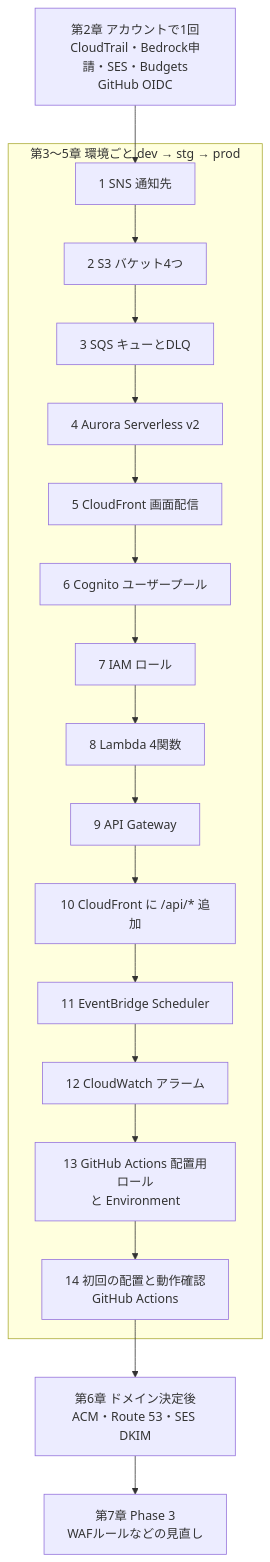
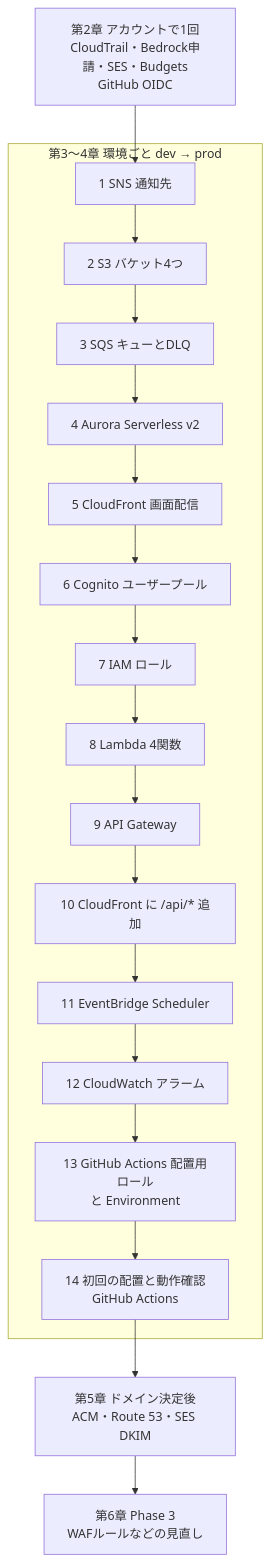
One commit to pocarialice/rpglearning changed the diagram in documents/AWS構築手順書_RPG学習アプリ.md. Above: the diagram before and after it, drawn with Mermaid. The commit also changed other lines of this file and 10 other files, not shown here.

First line of the commit message:
stg 環境をなくし dev・prod の2環境に変更（コスト削減）

````diff
--- a/documents/AWS構築手順書_RPG学習アプリ.md
+++ b/documents/AWS構築手順書_RPG学習アプリ.md
@@ -48,21 +48,21 @@
 ```mermaid
 flowchart TD
   C0["第2章 アカウントで1回<br>CloudTrail・Bedrock申請・SES・Budgets<br>GitHub OIDC"] --> E1
-  subgraph ENV["第3〜5章 環境ごと dev → stg → prod"]
+  subgraph ENV["第3〜4章 環境ごと dev → prod"]
     E1["1 SNS 通知先"] --> E2["2 S3 バケット4つ"]
     E2 --> E3["3 SQS キューとDLQ"]
     E3 --> E4["4 Aurora Serverless v2"]
     E4 --> E5["5 CloudFront 画面配信"]
     E5 --> E6["6 Cognito ユーザープール"]
     E6 --> E7["7 IAM ロール"]
     E7 --> E8["8 Lambda 4関数"]
     E8 --> E9["9 API Gateway"]
     E9 --> E10["10 CloudFront に /api/* 追加"]
     E10 --> E11["11 EventBridge Scheduler"]
     E11 --> E12["12 CloudWatch アラーム"]
     E12 --> E13["13 GitHub Actions 配置用ロール<br>と Environment"]
     E13 --> E14["14 初回の配置と動作確認<br>GitHub Actions"]
   end
-  E14 --> D6["第6章 ドメイン決定後<br>ACM・Route 53・SES DKIM"]
-  D6 --> W7["第7章 Phase 3<br>WAFルールなどの見直し"]
+  E14 --> D6["第5章 ドメイン決定後<br>ACM・Route 53・SES DKIM"]
+  D6 --> W7["第6章 Phase 3<br>WAFルールなどの見直し"]
 ```
````
